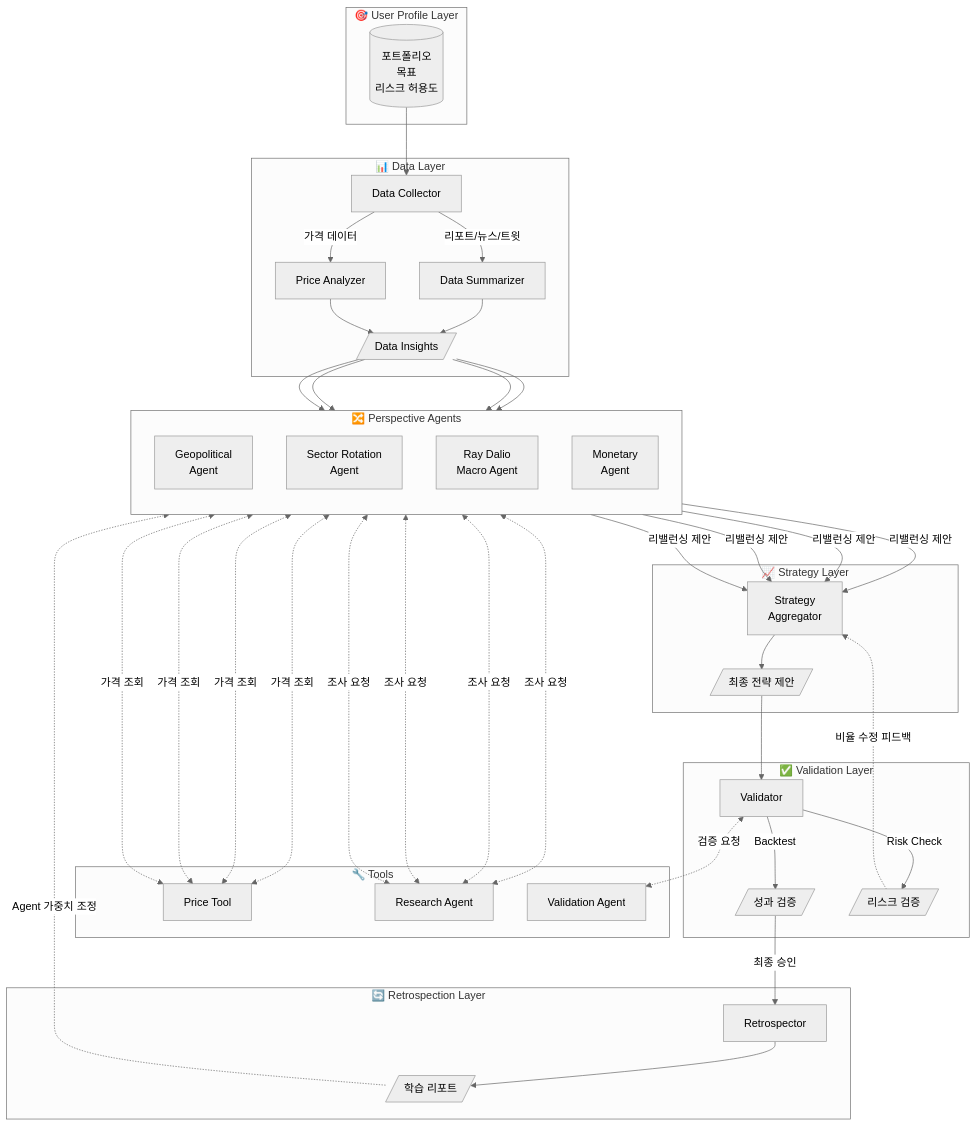
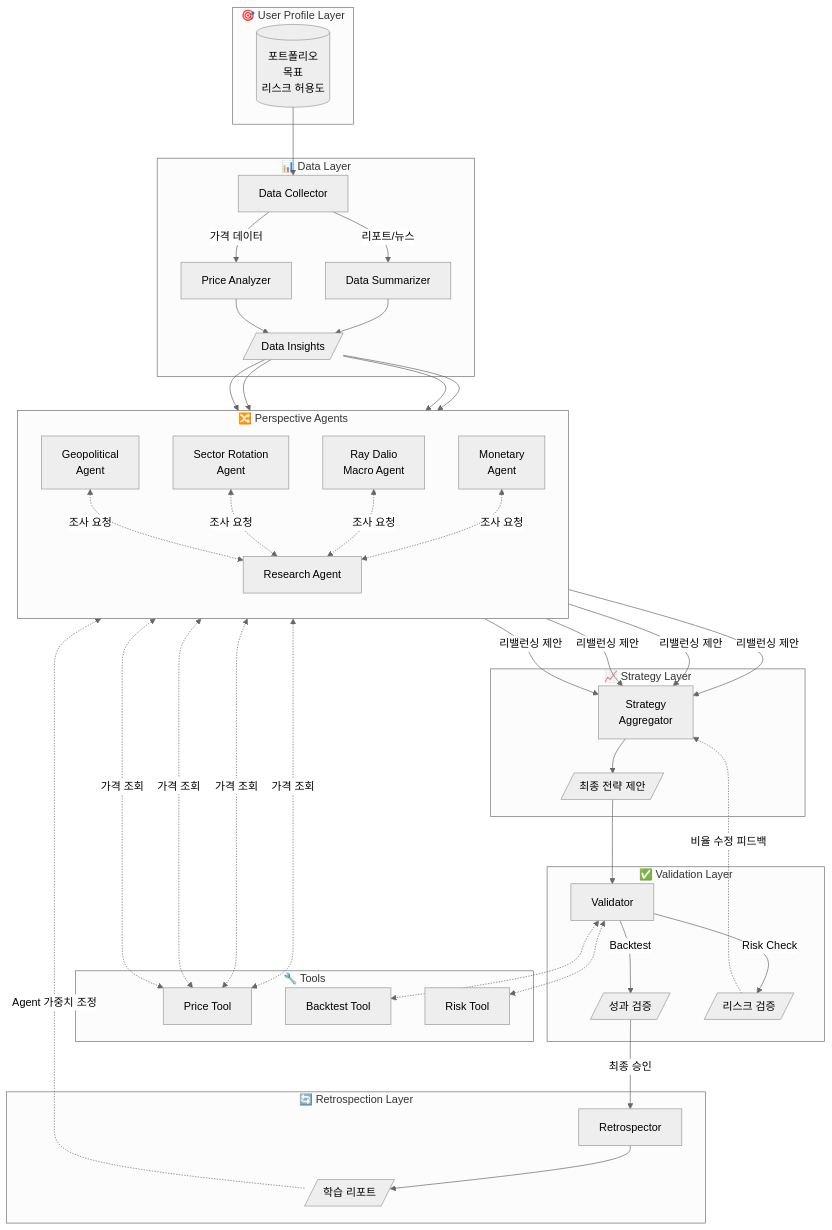
One commit to angrypark/mara changed the diagram in README.md. Above: the diagram before and after it, drawn with Mermaid (neutral theme). The commit also changed other lines of this file and 2 other files, not shown here.

````diff
--- a/README.md
+++ b/README.md
@@ -58,74 +59,77 @@
 ```mermaid
 flowchart TB
     subgraph Input["🎯 User Profile Layer"]
         UP[("포트폴리오<br/>목표<br/>리스크 허용도")]
     end
 
     subgraph Data["📊 Data Layer"]
         DC[Data Collector]
-        DC --> |리포트/뉴스/트윗| DS[Data Summarizer]
+        DC --> |리포트/뉴스| DS[Data Summarizer]
         DC --> |가격 데이터| PA[Price Analyzer]
         DS --> DI[/"Data Insights"/]
         PA --> DI
     end
 
     subgraph Tools["🔧 Tools"]
         PT[Price Tool]
-        RA[Research Agent]
-        VA[Validation Agent]
+        BKT[Backtest Tool]
+        RSK[Risk Tool]
     end
 
     subgraph Perspectives["🔀 Perspective Agents"]
         direction TB
+        RA[Research Agent]
         GP[Geopolitical<br/>Agent]
         SR[Sector Rotation<br/>Agent]
         RD[Ray Dalio<br/>Macro Agent]
         MO[Monetary<br/>Agent]
     end
 
     subgraph Strategy["📈 Strategy Layer"]
         SA[Strategy<br/>Aggregator]
         SA --> SP[/"최종 전략 제안"/]
     end
 
     subgraph Validation["✅ Validation Layer"]
         VL[Validator]
         VL --> |Backtest| BT[/"성과 검증"/]
         VL --> |Risk Check| RC[/"리스크 검증"/]
     end
 
     subgraph Retrospection["🔄 Retrospection Layer"]
         RT[Retrospector]
         RT --> RL[/"학습 리포트"/]
     end
 
     %% Main Flow
     UP --> DC
     DI --> GP & SR & RD & MO
 
-    %% Perspective Agents ↔ Tools (multi-hop)
+    %% Perspective Agents ↔ Research Agent (multi-hop, max 3 iterations)
     GP <-.-> |"조사 요청"| RA
     SR <-.-> |"조사 요청"| RA
     RD <-.-> |"조사 요청"| RA
     MO <-.-> |"조사 요청"| RA
 
+    %% Perspective Agents → Tools
     GP <-.-> |"가격 조회"| PT
     SR <-.-> |"가격 조회"| PT
     RD <-.-> |"가격 조회"| PT
     MO <-.-> |"가격 조회"| PT
 
     %% Each agent produces rebalancing proposal
     GP --> |"리밸런싱 제안"| SA
     SR --> |"리밸런싱 제안"| SA
     RD --> |"리밸런싱 제안"| SA
     MO --> |"리밸런싱 제안"| SA
 
-    %% Strategy ↔ Validation loop
+    %% Strategy ↔ Validation loop (max 3 iterations)
     SP --> VL
-    VL <-.-> |"검증 요청"| VA
+    VL <-.-> BKT
+    VL <-.-> RSK
     RC -.-> |"비율 수정 피드백"| SA
     BT --> |"최종 승인"| RT
 
     %% Retrospection feedback
     RL -.-> |"Agent 가중치 조정"| Perspectives
 ```
````
